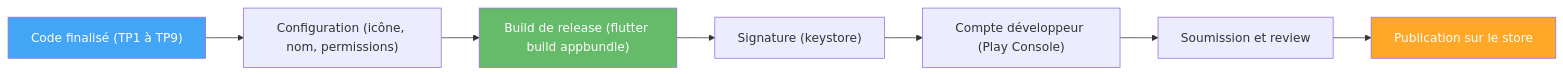
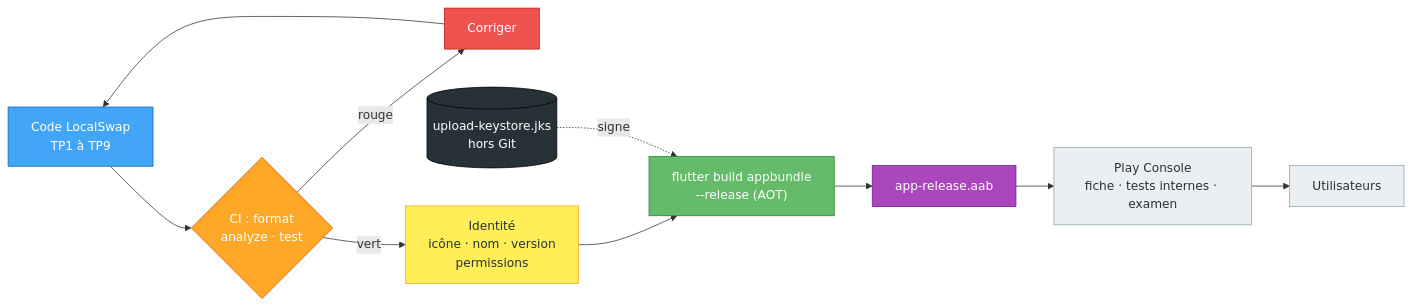
Before and after one commit to hajjiBel/flutter_2026: the diagram in TP10_Deploiement.md, drawn with Mermaid. The commit also changed other lines of this file and 1 other file, not shown here.

First line of the commit message:
TP10 + README : release signée, permissions, CI, soutenance ; sommaire du dépôt

````diff
--- a/TP10_Deploiement.md
+++ b/TP10_Deploiement.md
@@ -27,13 +72,21 @@
 ```mermaid
 flowchart LR
-    A["Code finalisé (TP1 à TP9)"] --> B["Configuration (icône, nom, permissions)"]
-    B --> C["Build de release (flutter build appbundle)"]
-    C --> D["Signature (keystore)"]
-    D --> E["Compte développeur (Play Console)"]
-    E --> F["Soumission et review"]
-    F --> G["Publication sur le store"]
+    CODE["Code LocalSwap<br/>TP1 à TP9"]:::code --> CI{"CI : format<br/>analyze · test"}:::check
+    CI -->|"rouge"| FIX["Corriger"]:::error
+    FIX --> CODE
+    CI -->|"vert"| ID["Identité<br/>icône · nom · version<br/>permissions"]:::config
+    ID --> BUILD["flutter build appbundle<br/>--release (AOT)"]:::build
+    KEY[("upload-keystore.jks<br/>hors Git")]:::secret -.->|"signe"| BUILD
+    BUILD --> AAB["app-release.aab"]:::artifact
+    AAB --> PLAY["Play Console<br/>fiche · tests internes · examen"]:::store
+    PLAY --> USERS["Utilisateurs"]:::store
 
-    style A fill:#42a5f5,color:#fff
-    style C fill:#66bb6a,color:#fff
-    style G fill:#ffa726,color:#fff
+    classDef code fill:#42a5f5,stroke:#1565c0,color:#fff
+    classDef check fill:#ffa726,stroke:#e65100,color:#fff
+    classDef error fill:#ef5350,stroke:#b71c1c,color:#fff
+    classDef config fill:#ffee58,stroke:#f9a825,color:#263238
+    classDef build fill:#66bb6a,stroke:#2e7d32,color:#fff
+    classDef secret fill:#263238,stroke:#000,color:#fff
+    classDef artifact fill:#ab47bc,stroke:#6a1b9a,color:#fff
+    classDef store fill:#eceff1,stroke:#90a4ae,color:#263238
 ```
````
